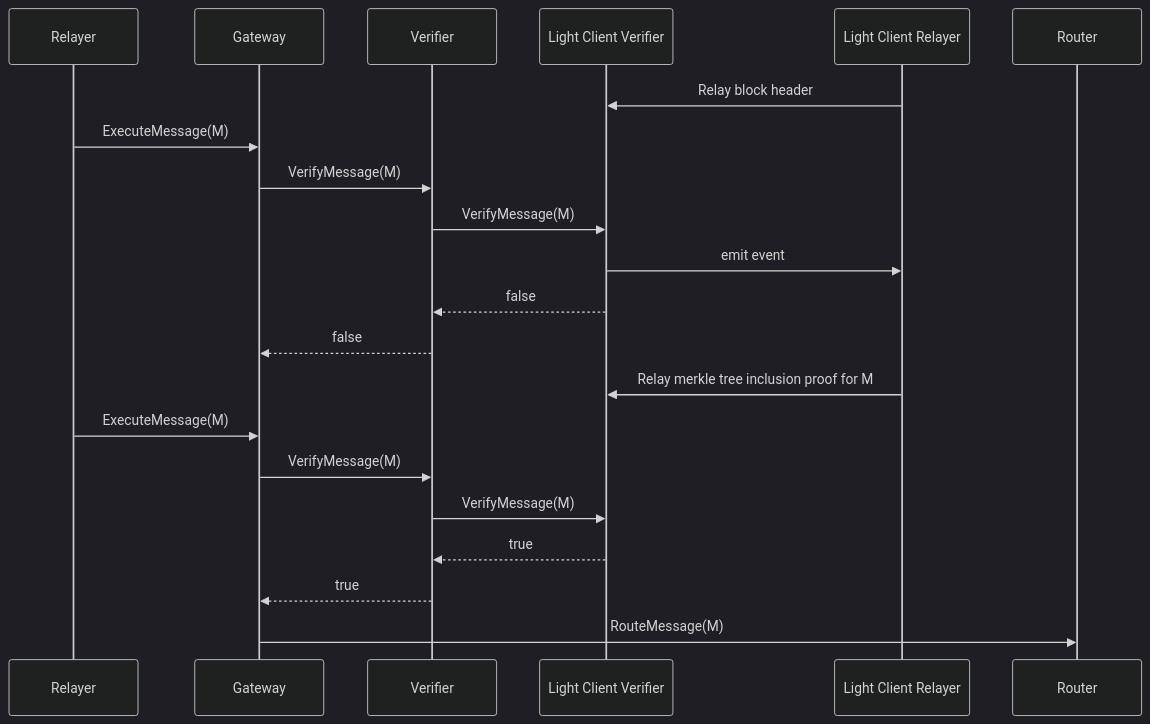
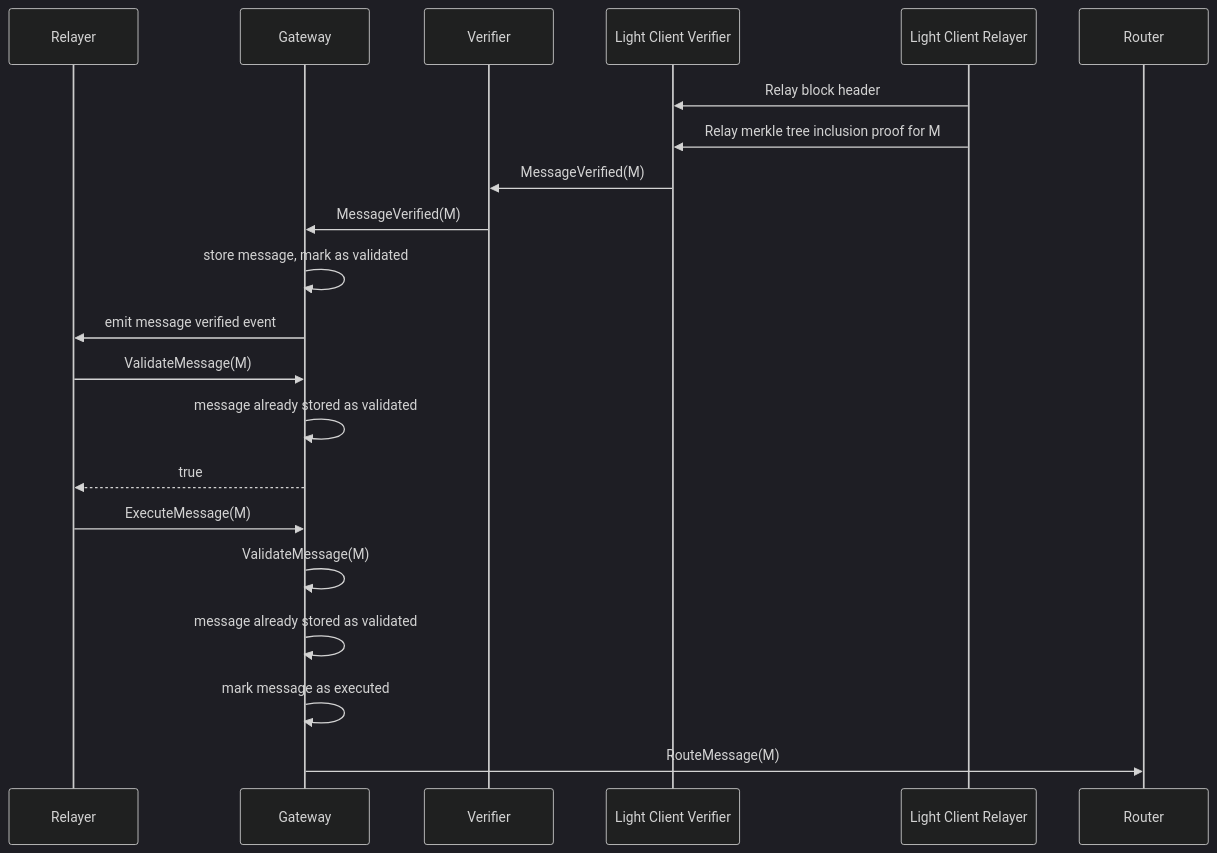
The eighth of 18 diagrams in README.md (axelarnetwork/axelar-amplifier), drawn with Mermaid (dark theme) before and after one commit. The commit also changed other lines of this file, not shown here.

````diff
--- a/README.md
+++ b/README.md
@@ -266,27 +257,26 @@
 ```mermaid
 sequenceDiagram
     participant Relayer
     participant Gateway
     participant Verifier
     participant Light Client Verifier
     participant Light Client Relayer
     participant Router
 
     Light Client Relayer->>Light Client Verifier: Relay block header
+    Light Client Relayer->>Light Client Verifier: Relay merkle tree inclusion proof for M
+    Light Client Verifier->>Verifier: MessageVerified(M)
+    Verifier->>Gateway: MessageVerified(M)
+    Gateway->>Gateway: store message, mark as validated
+    Gateway->>Relayer: emit message verified event
+
+    Relayer->>Gateway: ValidateMessage(M)
+    Gateway->>Gateway: message already stored as validated
+    Gateway-->>Relayer: true
 
     Relayer->>Gateway: ExecuteMessage(M)
-    Gateway->>Verifier: VerifyMessage(M)
-    Verifier->>Light Client Verifier: VerifyMessage(M)
-    Light Client Verifier->>Light Client Relayer: emit event
-    Light Client Verifier-->>Verifier: false
-    Verifier-->>Gateway: false
-
-    Light Client Relayer->>Light Client Verifier: Relay merkle tree inclusion proof for M
-
-    Relayer->>Gateway: ExecuteMessage(M)
-    Gateway->>Verifier: VerifyMessage(M)
-    Verifier->>Light Client Verifier: VerifyMessage(M)
-    Light Client Verifier-->>Verifier: true
-    Verifier-->>Gateway: true
+    Gateway->>Gateway: ValidateMessage(M)
+    Gateway->>Gateway: message already stored as validated
+    Gateway->>Gateway: mark message as executed
     Gateway->>Router: RouteMessage(M)
 ```
````
